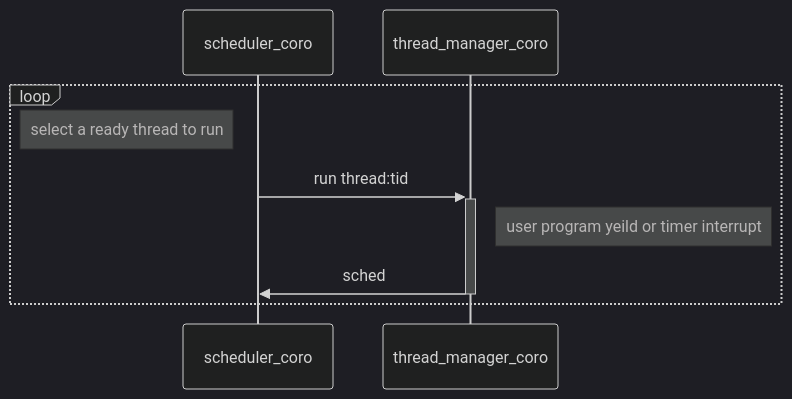
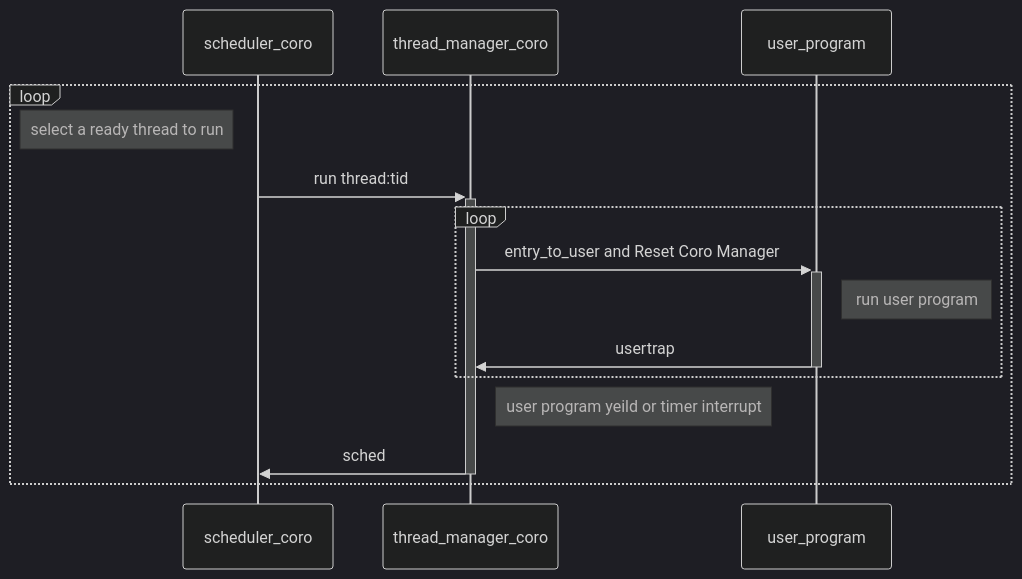
The diagram in docs/1.6_process_and_thread.md (minicago/DagasOS), drawn with Mermaid (dark theme) before and after one commit.

Commit message:
docs: reset coro when entry_to_user

````diff
--- a/docs/1.6_process_and_thread.md
+++ b/docs/1.6_process_and_thread.md
@@ -67,20 +67,32 @@
 ``` mermaid
 
 sequenceDiagram
 
 participant A as scheduler_coro
 
 participant B as thread_manager_coro
 
+participant C as user_program
+
 loop
 
 Note left of A : select a ready thread to run 
 
 A->>+B : run thread:tid
+
+loop
+
+B->>+C : entry_to_user and Reset Coro Manager 
+
+Note right of C : run user program
+
+C->>-B : usertrap
+
+end
 
 Note right of B : user program yeild or timer interrupt
 
 B->>-A : sched
 
 end
 ```
````
